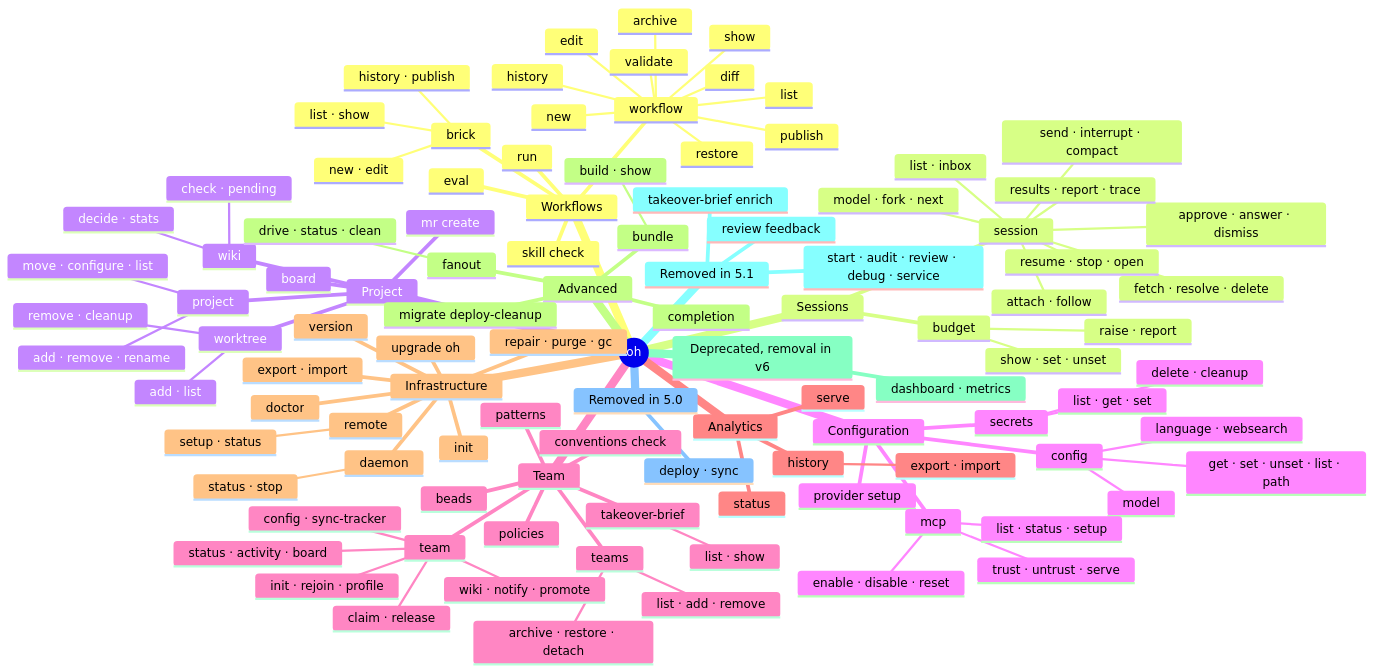
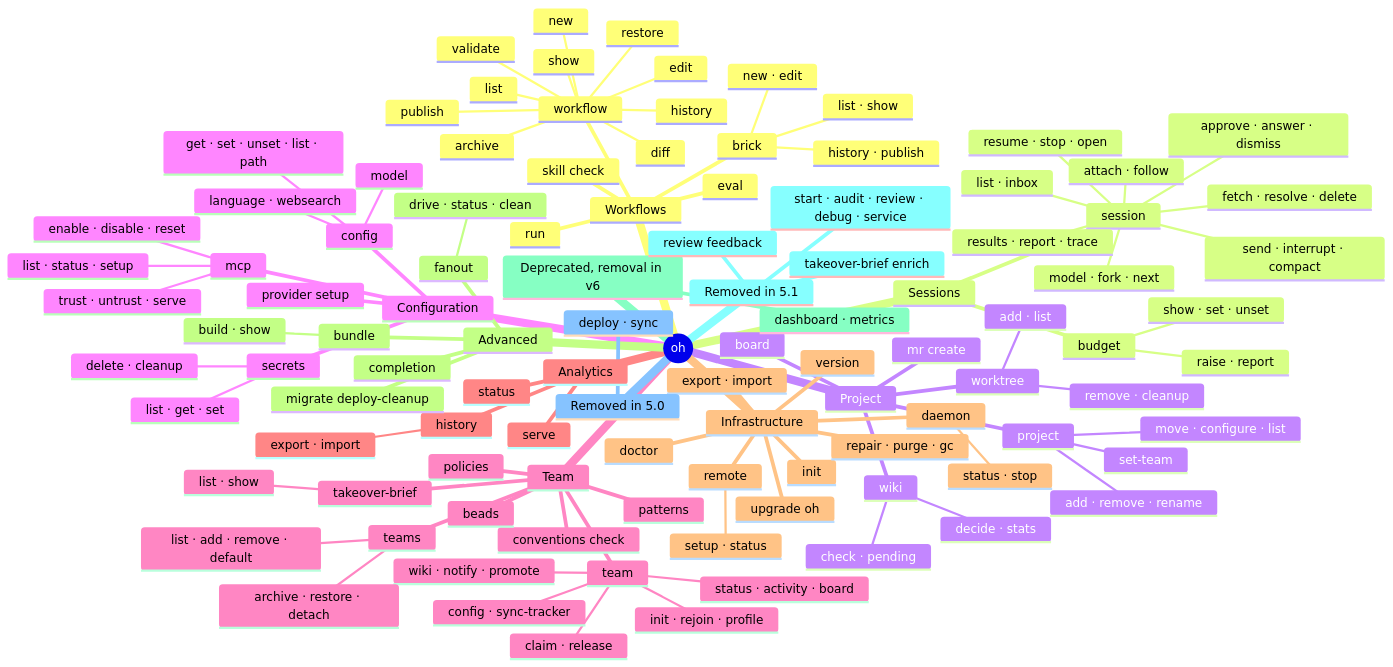
The diagram in docs/diagrams/cli-command-tree.mermaid (datichb/openhub), drawn with Mermaid before and after one commit. The commit also changed 13 other files, not shown here.

Commit message:
docs: which team (--team, default team), oh teams default, oh project set-team — fr/en, CHANGELOG (v5.4)

```diff
--- a/docs/diagrams/cli-command-tree.mermaid
+++ b/docs/diagrams/cli-command-tree.mermaid
@@ -1,111 +1,112 @@
 %% OpenHub -- CLI command tree (v5.1)
 %% oh commands grouped by the sections of `oh --help` (checked against `oh help --all`).
 %% "Deprecated" commands still work and warn (removal in v6); "Removed" names
 %% only answer with their replacement and exit with code 2.
 
 mindmap
   root((oh))
     Workflows
       run
       workflow
         list
         show
         validate
         new
         edit
         diff
         publish
         history
         restore
         archive
       brick
         list · show
         new · edit
         history · publish
       skill check
       eval
     Sessions
       session
         list · inbox
         attach · follow
         approve · answer · dismiss
         send · interrupt · compact
         model · fork · next
         results · report · trace
         resume · stop · open
         fetch · resolve · delete
       budget
         show · set · unset
         raise · report
     Project
       project
         add · remove · rename
         move · configure · list
+        set-team
       worktree
         add · list
         remove · cleanup
       mr create
       board
       wiki
         check · pending
         decide · stats
     Configuration
       config
         get · set · unset · list · path
         language · websearch
         model
       provider setup
       mcp
         list · status · setup
         enable · disable · reset
         trust · untrust · serve
       secrets
         list · get · set
         delete · cleanup
     Team
       team
         init · rejoin · profile
         status · activity · board
         claim · release
         config · sync-tracker
         wiki · notify · promote
       teams
-        list · add · remove
+        list · add · remove · default
         archive · restore · detach
       policies
       patterns
       conventions check
       beads
       takeover-brief
         list · show
     Analytics
       status
       history
         export · import
       serve
     Infrastructure
       init
       doctor
       repair · purge · gc
       export · import
       upgrade oh
       daemon
         status · stop
       remote
         setup · status
       version
     Advanced
       bundle
         build · show
       fanout
         drive · status · clean
       migrate deploy-cleanup
       completion
     Deprecated, removal in v6
       dashboard · metrics
     Removed in 5.1
       start · audit · review · debug · service
       review feedback
       takeover-brief enrich
     Removed in 5.0
       deploy · sync
```
